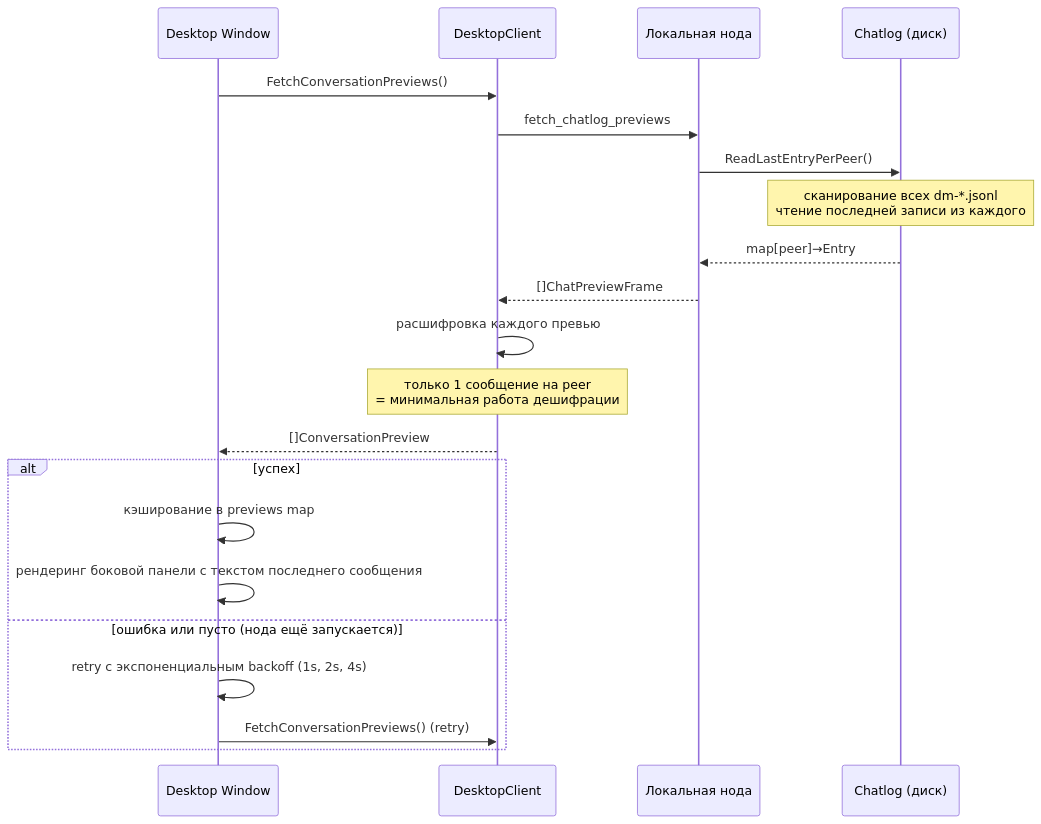
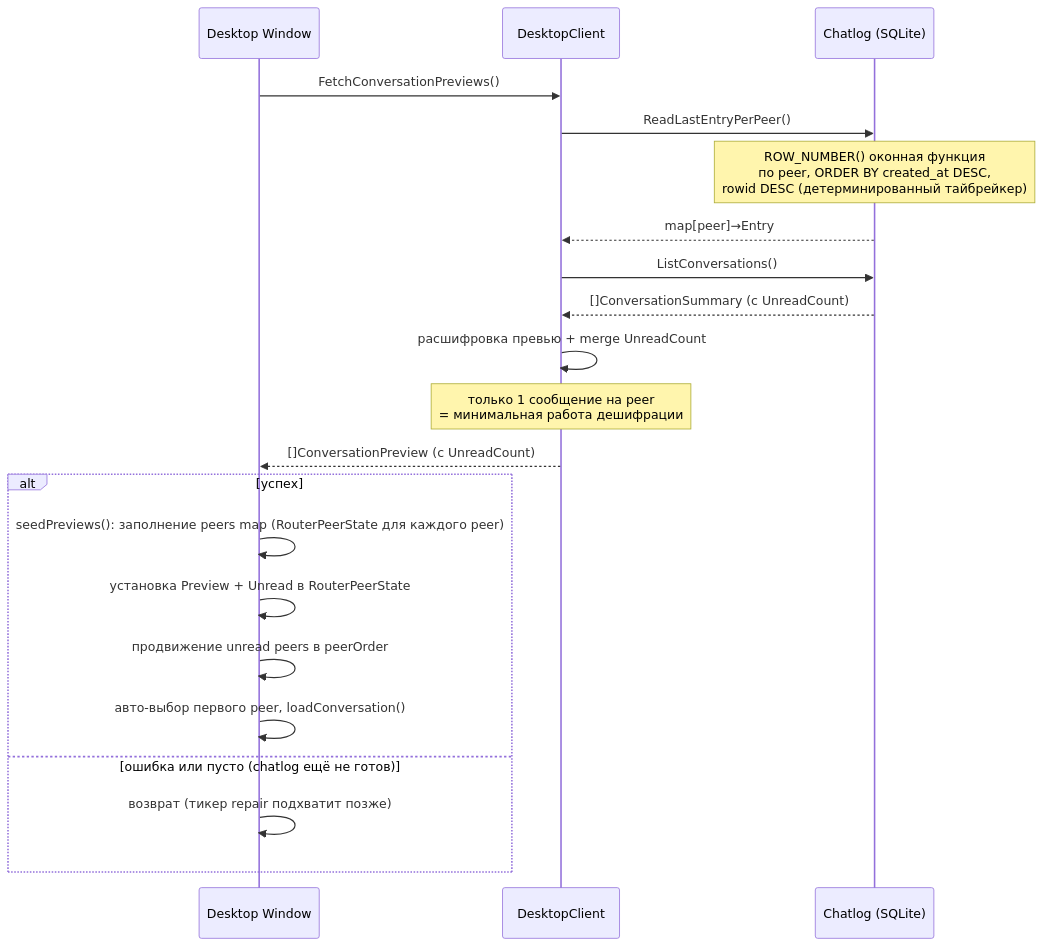
Before and after one commit to piratecash/corsa: diagram 14 of 16 in docs/chatlog.md, drawn with Mermaid. The commit also changed other lines of this file and 35 other files, not shown here.

First line of the commit message:
feat(service): extract DMRouter, migrate chatlog to SQLite, add structured logging

````diff
--- a/docs/chatlog.md
+++ b/docs/chatlog.md
@@ -501,24 +870,24 @@
 ```mermaid
 sequenceDiagram
     participant UI as Desktop Window
     participant SVC as DesktopClient
-    participant NODE as Локальная нода
-    participant LOG as Chatlog (диск)
+    participant LOG as Chatlog (SQLite)
 
     UI->>SVC: FetchConversationPreviews()
-    SVC->>NODE: fetch_chatlog_previews
-    NODE->>LOG: ReadLastEntryPerPeer()
-    Note over LOG: сканирование всех dm-*.jsonl<br/>чтение последней записи из каждого
-    LOG-->>NODE: map[peer]→Entry
-    NODE-->>SVC: []ChatPreviewFrame
-    SVC->>SVC: расшифровка каждого превью
+    SVC->>LOG: ReadLastEntryPerPeer()
+    Note over LOG: ROW_NUMBER() оконная функция<br/>по peer, ORDER BY created_at DESC,<br/>rowid DESC (детерминированный тайбрейкер)
+    LOG-->>SVC: map[peer]→Entry
+    SVC->>LOG: ListConversations()
+    LOG-->>SVC: []ConversationSummary (с UnreadCount)
+    SVC->>SVC: расшифровка превью + merge UnreadCount
     Note over SVC: только 1 сообщение на peer<br/>= минимальная работа дешифрации
-    SVC-->>UI: []ConversationPreview
+    SVC-->>UI: []ConversationPreview (с UnreadCount)
     alt успех
-        UI->>UI: кэширование в previews map
-        UI->>UI: рендеринг боковой панели с текстом последнего сообщения
-    else ошибка или пусто (нода ещё запускается)
-        UI->>UI: retry с экспоненциальным backoff (1s, 2s, 4s)
-        UI->>SVC: FetchConversationPreviews() (retry)
+        UI->>UI: seedPreviews(): заполнение peers map (RouterPeerState для каждого peer)
+        UI->>UI: установка Preview + Unread в RouterPeerState
+        UI->>UI: продвижение unread peers в peerOrder
+        UI->>UI: авто-выбор первого peer, loadConversation()
+    else ошибка или пусто (chatlog ещё не готов)
+        UI->>UI: возврат (тикер repair подхватит позже)
     end
 ```
````
